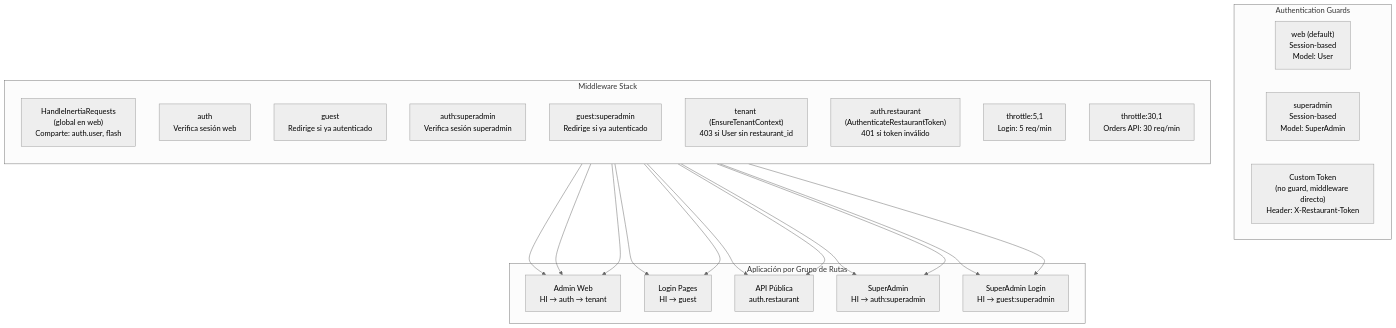
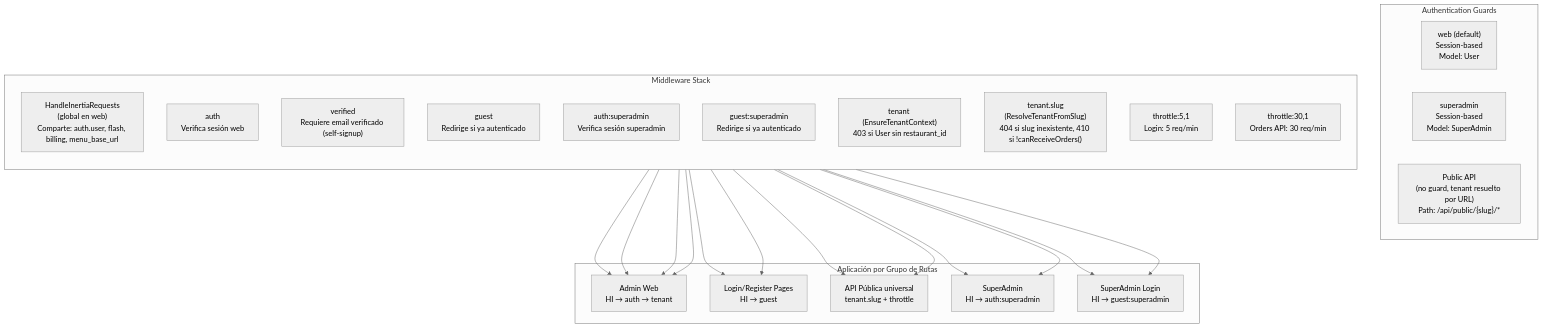
Diagram 14 of 14 in docs/BACKEND_ARCHITECTURE_DIAGRAMS.md (apscreativas/pideaqui-back), drawn with Mermaid (neutral theme) before and after one commit. The commit also changed other lines of this file and 84 other files, not shown here.

````diff
--- a/docs/BACKEND_ARCHITECTURE_DIAGRAMS.md
+++ b/docs/BACKEND_ARCHITECTURE_DIAGRAMS.md
@@ -819,45 +831,47 @@
 ```mermaid
 flowchart TD
     subgraph Guards["Authentication Guards"]
         WEB["web (default)<br/>Session-based<br/>Model: User"]
         SUPERADMIN["superadmin<br/>Session-based<br/>Model: SuperAdmin"]
-        API_TOKEN["Custom Token<br/>(no guard, middleware directo)<br/>Header: X-Restaurant-Token"]
+        API_SLUG["Public API<br/>(no guard, tenant resuelto por URL)<br/>Path: /api/public/{slug}/*"]
     end
 
     subgraph Middleware["Middleware Stack"]
         direction TB
-        HI["HandleInertiaRequests<br/>(global en web)<br/>Comparte: auth.user, flash"]
+        HI["HandleInertiaRequests<br/>(global en web)<br/>Comparte: auth.user, flash, billing, menu_base_url"]
         AUTH_MW["auth<br/>Verifica sesión web"]
+        VERIFIED_MW["verified<br/>Requiere email verificado (self-signup)"]
         GUEST_MW["guest<br/>Redirige si ya autenticado"]
         AUTH_SA["auth:superadmin<br/>Verifica sesión superadmin"]
         GUEST_SA["guest:superadmin<br/>Redirige si ya autenticado"]
         TENANT_MW["tenant (EnsureTenantContext)<br/>403 si User sin restaurant_id"]
-        TOKEN_MW["auth.restaurant<br/>(AuthenticateRestaurantToken)<br/>401 si token inválido"]
+        SLUG_MW["tenant.slug<br/>(ResolveTenantFromSlug)<br/>404 si slug inexistente, 410 si !canReceiveOrders()"]
         THRT5["throttle:5,1<br/>Login: 5 req/min"]
         THRT30["throttle:30,1<br/>Orders API: 30 req/min"]
     end
 
     subgraph Routes["Aplicación por Grupo de Rutas"]
         R_ADMIN["Admin Web<br/>HI → auth → tenant"]
-        R_GUEST["Login Pages<br/>HI → guest"]
-        R_API["API Pública<br/>auth.restaurant"]
+        R_GUEST["Login/Register Pages<br/>HI → guest"]
+        R_API["API Pública universal<br/>tenant.slug + throttle"]
         R_SA["SuperAdmin<br/>HI → auth:superadmin"]
         R_SA_G["SuperAdmin Login<br/>HI → guest:superadmin"]
     end
 
     HI --> R_ADMIN
     AUTH_MW --> R_ADMIN
+    VERIFIED_MW --> R_ADMIN
     TENANT_MW --> R_ADMIN
 
     HI --> R_GUEST
     GUEST_MW --> R_GUEST
 
-    TOKEN_MW --> R_API
+    SLUG_MW --> R_API
     THRT30 --> R_API
 
     HI --> R_SA
     AUTH_SA --> R_SA
 
     HI --> R_SA_G
     GUEST_SA --> R_SA_G
 ```
````
